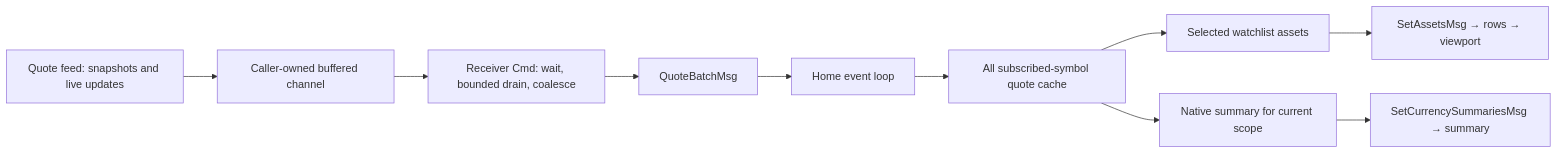
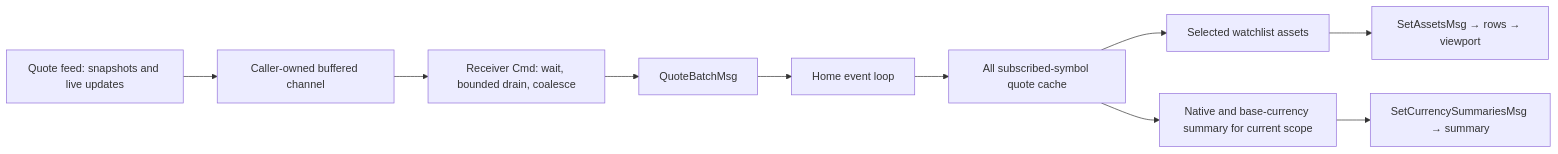
One commit to murphytalk/urphin changed the second of 2 diagrams in docs/ui-msg-flow.md. Above: the diagram before and after it, drawn with Mermaid. The commit also changed other lines of this file and 6 other files, not shown here.

````diff
--- a/docs/ui-msg-flow.md
+++ b/docs/ui-msg-flow.md
@@ -35,12 +35,12 @@
 ```mermaid
 flowchart LR
     Feed["Quote feed: snapshots and live updates"] --> Channel["Caller-owned buffered channel"]
     Channel --> Receiver["Receiver Cmd: wait, bounded drain, coalesce"]
     Receiver --> Batch["QuoteBatchMsg"]
     Batch --> Home["Home event loop"]
     Home --> Cache["All subscribed-symbol quote cache"]
     Cache --> Assets["Selected watchlist assets"]
     Assets --> Watchlist["SetAssetsMsg → rows → viewport"]
-    Cache --> Totals["Native summary for current scope"]
+    Cache --> Totals["Native and base-currency summary for current scope"]
     Totals --> Summary["SetCurrencySummariesMsg → summary"]
 ```
````
